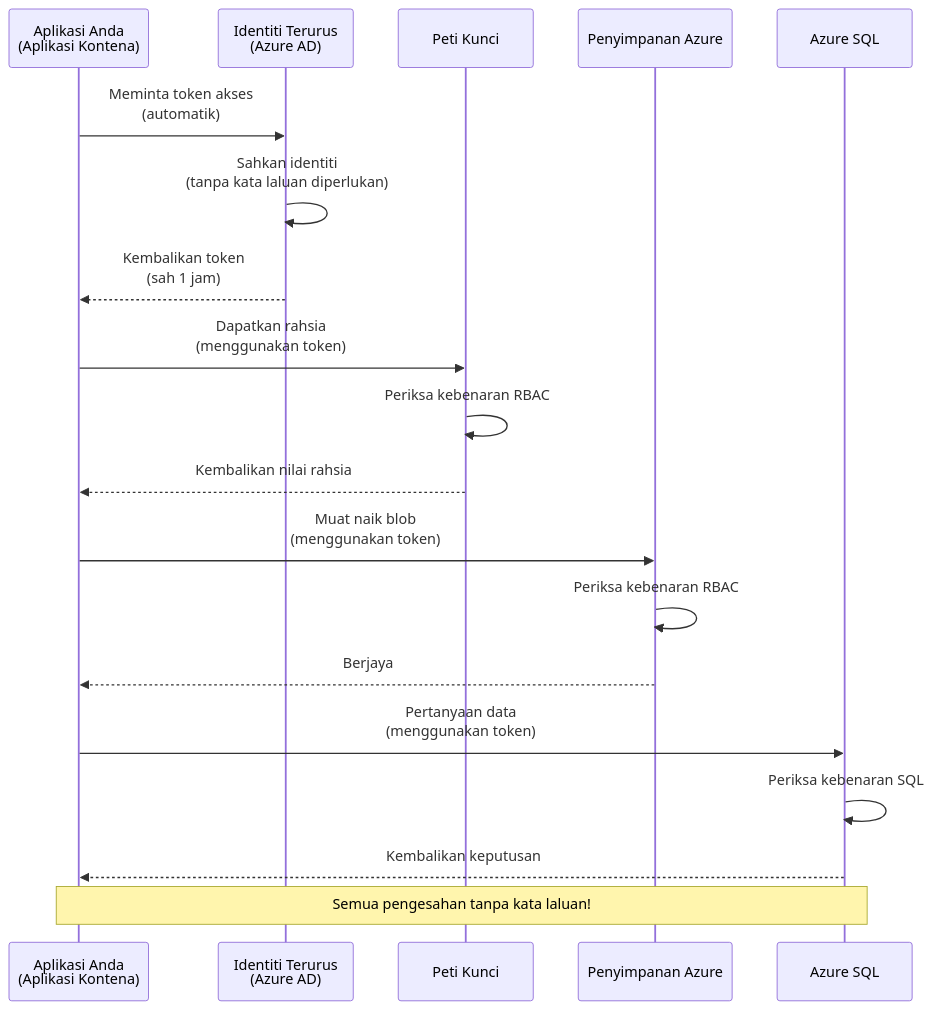
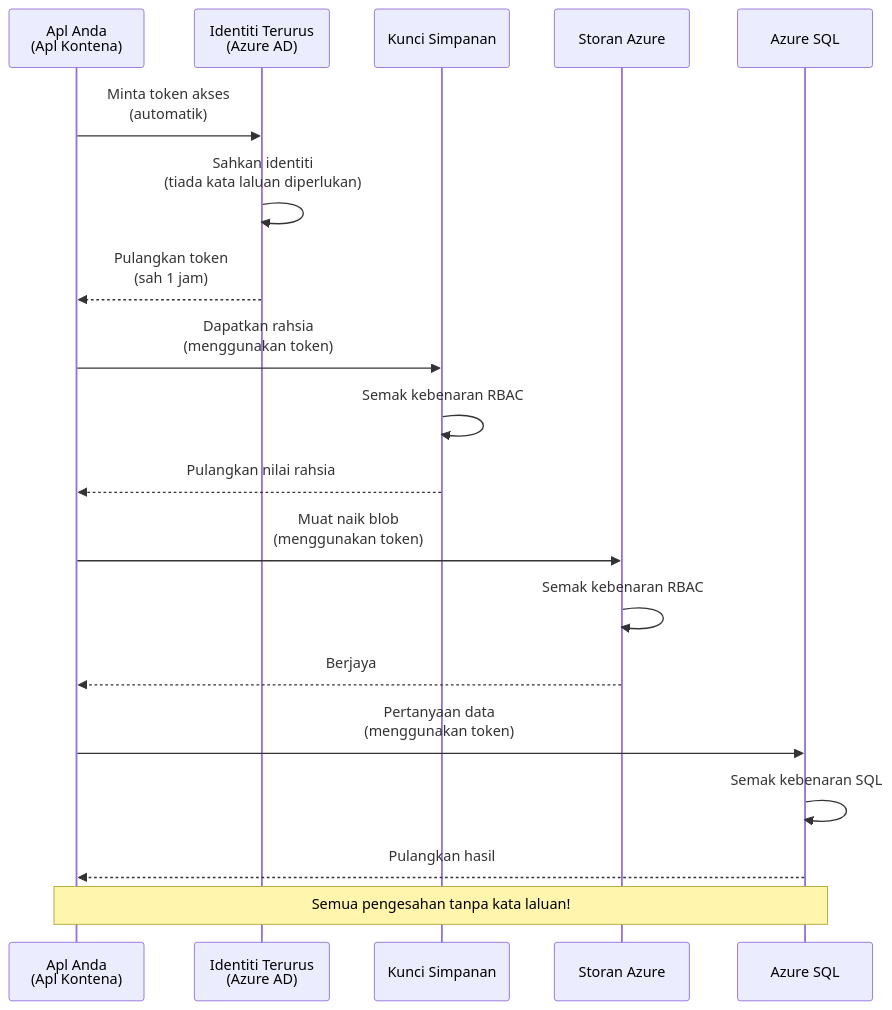
The first of 2 diagrams in translations/ms/docs/chapter-03-configuration/authsecurity.md (microsoft/AZD-for-beginners), drawn with Mermaid before and after one commit. The commit also changed other lines of this file and 101 other files, not shown here.

````diff
--- a/translations/ms/docs/chapter-03-configuration/authsecurity.md
+++ b/translations/ms/docs/chapter-03-configuration/authsecurity.md
@@ -69,26 +69,26 @@
 ```mermaid
 sequenceDiagram
-    participant App as Aplikasi Anda<br/>(Aplikasi Kontena)
+    participant App as Apl Anda<br/>(Apl Kontena)
     participant MI as Identiti Terurus<br/>(Azure AD)
-    participant KV as Peti Kunci
-    participant Storage as Penyimpanan Azure
+    participant KV as Kunci Simpanan
+    participant Storage as Storan Azure
     participant DB as Azure SQL
     
-    App->>MI: Meminta token akses<br/>(automatik)
-    MI->>MI: Sahkan identiti<br/>(tanpa kata laluan diperlukan)
-    MI-->>App: Kembalikan token<br/>(sah 1 jam)
+    App->>MI: Minta token akses<br/>(automatik)
+    MI->>MI: Sahkan identiti<br/>(tiada kata laluan diperlukan)
+    MI-->>App: Pulangkan token<br/>(sah 1 jam)
     
     App->>KV: Dapatkan rahsia<br/>(menggunakan token)
-    KV->>KV: Periksa kebenaran RBAC
-    KV-->>App: Kembalikan nilai rahsia
+    KV->>KV: Semak kebenaran RBAC
+    KV-->>App: Pulangkan nilai rahsia
     
     App->>Storage: Muat naik blob<br/>(menggunakan token)
-    Storage->>Storage: Periksa kebenaran RBAC
+    Storage->>Storage: Semak kebenaran RBAC
     Storage-->>App: Berjaya
     
     App->>DB: Pertanyaan data<br/>(menggunakan token)
-    DB->>DB: Periksa kebenaran SQL
-    DB-->>App: Kembalikan keputusan
+    DB->>DB: Semak kebenaran SQL
+    DB-->>App: Pulangkan hasil
     
     Note over App,DB: Semua pengesahan tanpa kata laluan!
 ```
````
